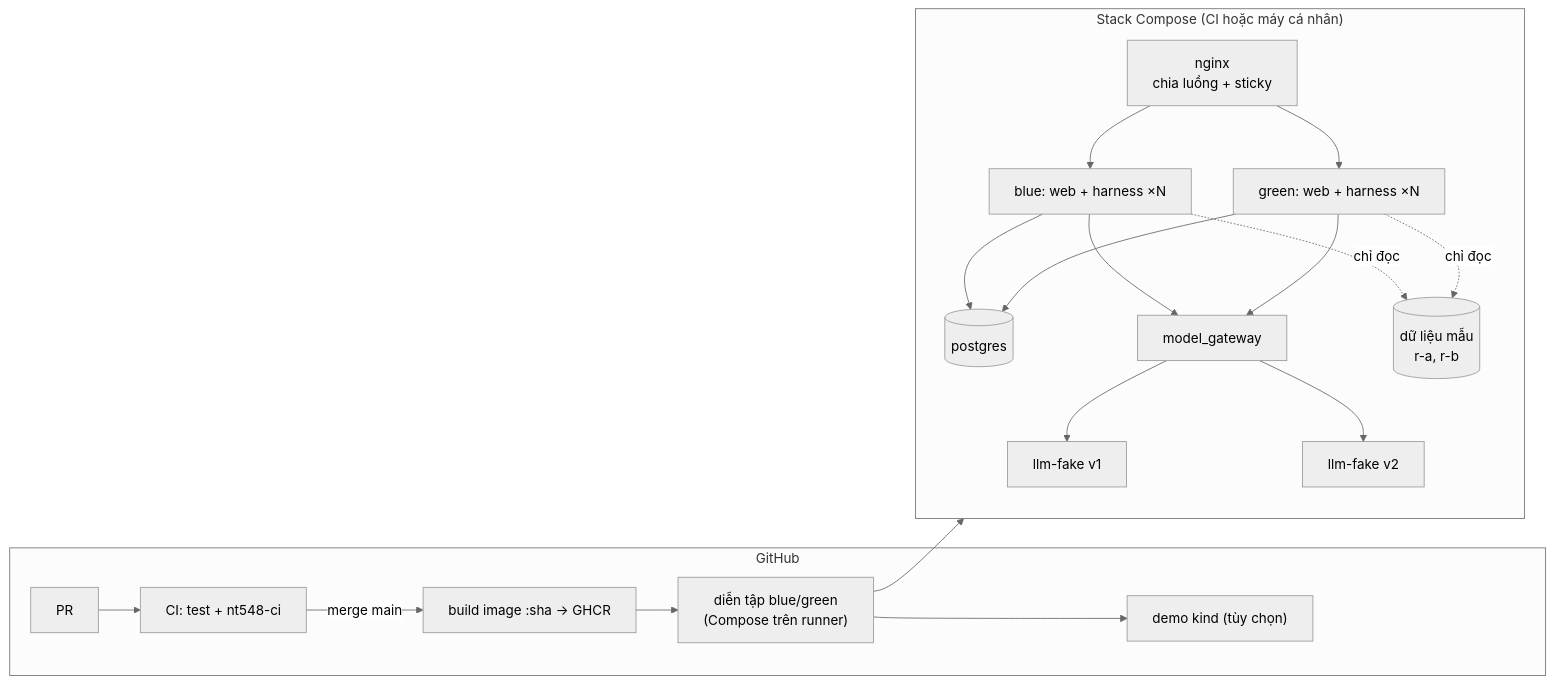
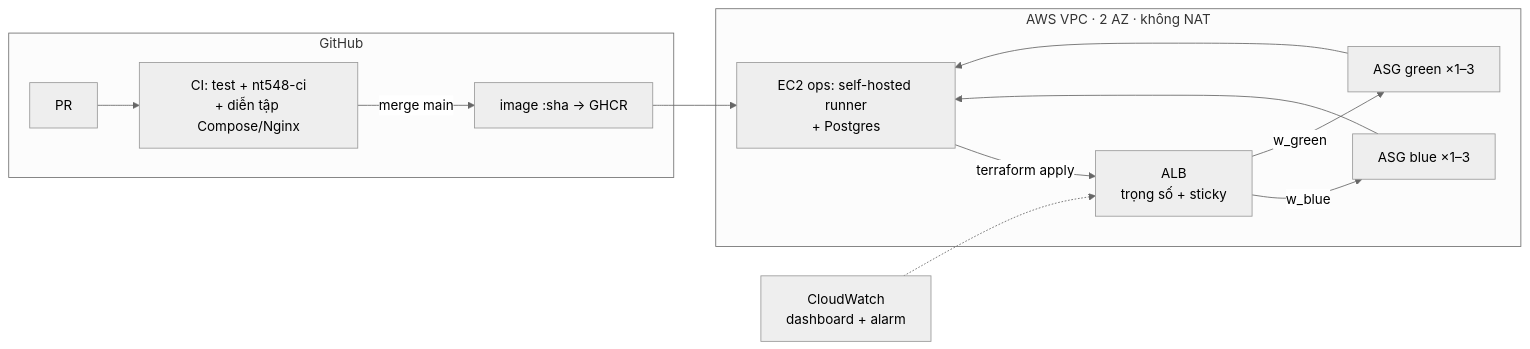
The diagram in docs/nt548/README.md (LuanLuKim/tripguardian-nt548), drawn with Mermaid (neutral theme) before and after one commit. The commit also changed other lines of this file and 1 other file, not shown here.

Commit message:
docs(nt548): split work into blocks owned by pairs, AWS target in README

````diff
--- a/docs/nt548/README.md
+++ b/docs/nt548/README.md
@@ -9,17 +11,15 @@
 ```mermaid
 flowchart LR
   subgraph GH["GitHub"]
-    PR[PR] --> CI["CI: test + nt548-ci"]
-    CI -->|merge main| IMG["build image :sha → GHCR"]
-    IMG --> REH["diễn tập blue/green<br/>(Compose trên runner)"]
-    REH --> K8S["demo kind (tùy chọn)"]
+    PR[PR] --> CI["CI: test + nt548-ci<br/>+ diễn tập Compose/Nginx"]
+    CI -->|merge main| IMG["image :sha → GHCR"]
   end
-  subgraph ST["Stack Compose (CI hoặc máy cá nhân)"]
-    N["nginx<br/>chia luồng + sticky"] --> B["blue: web + harness ×N"]
-    N --> G["green: web + harness ×N"]
-    B & G --> PG[(postgres)]
-    B & G --> GW["model_gateway"] --> F1["llm-fake v1"] & F2["llm-fake v2"]
-    B & G -. chỉ đọc .-> D[("dữ liệu mẫu<br/>r-a, r-b")]
+  IMG --> SR
+  subgraph VPC["AWS VPC · 2 AZ · không NAT"]
+    SR["EC2 ops: self-hosted runner<br/>+ Postgres"] -->|terraform apply| ALB
+    ALB["ALB<br/>trọng số + sticky"] -->|w_blue| B["ASG blue ×1–3"]
+    ALB -->|w_green| G["ASG green ×1–3"]
+    B & G --> SR
   end
-  REH --> ST
+  CW["CloudWatch<br/>dashboard + alarm"] -.-> ALB
 ```
````
